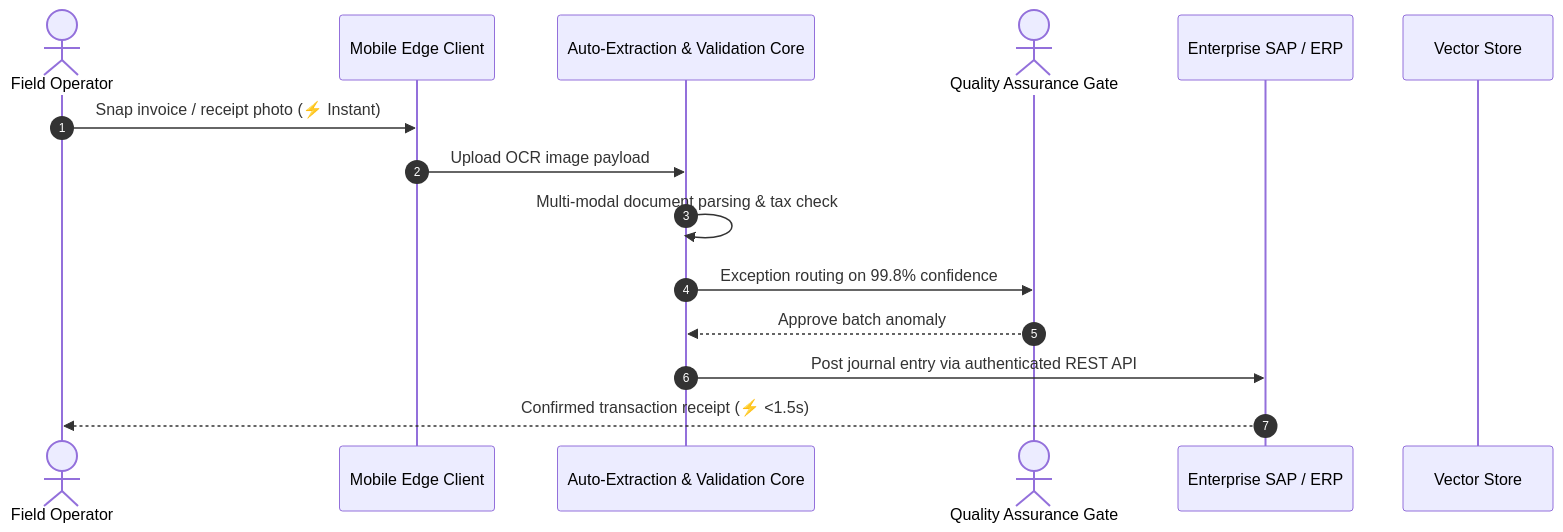
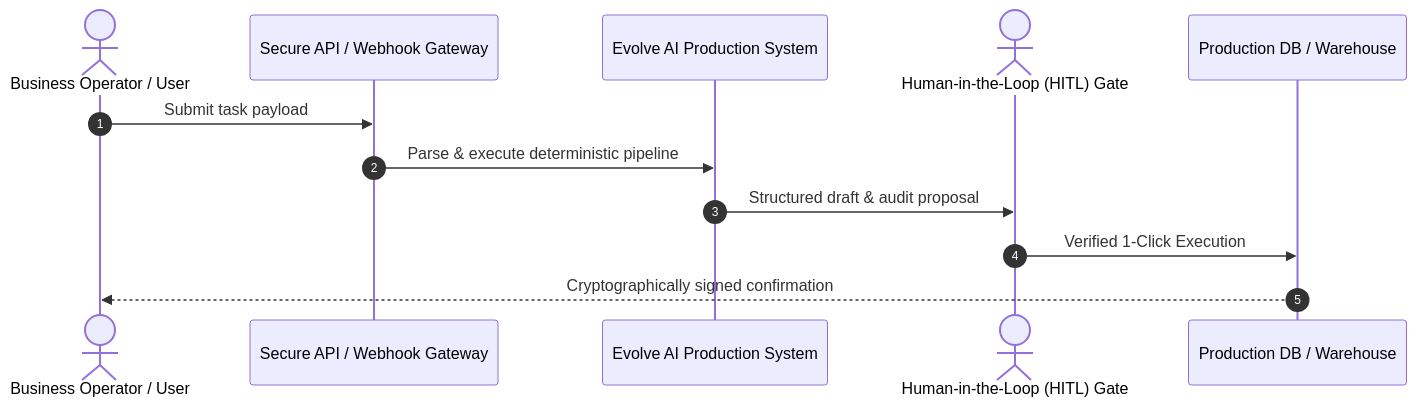
Before and after one commit to EvolveMinds/codeforge-ai-vscode: the diagram in docs/WORKFLOW_TOPOLOGY.md, drawn with Mermaid. The commit also changed 7 other files, not shown here.

Commit message:
feat: display active showcase architecture template across UI and canvas

````diff
--- a/docs/WORKFLOW_TOPOLOGY.md
+++ b/docs/WORKFLOW_TOPOLOGY.md
@@ -3,17 +3,15 @@
 ```mermaid
 sequenceDiagram
     autonumber
-    actor Operator as Field Operator
-    participant EdgeApp as Mobile Edge Client
-    participant AICore as Auto-Extraction & Validation Core
-    actor Reviewer as Quality Assurance Gate
-    participant ERP as Enterprise SAP / ERP
-    participant VectorStore as Vector Store
-    Operator->>EdgeApp: Snap invoice / receipt photo (⚡ Instant)
-    EdgeApp->>AICore: Upload OCR image payload
-    AICore->>AICore: Multi-modal document parsing & tax check
-    AICore->>Reviewer: Exception routing on 99.8% confidence
-    Reviewer-->>AICore: Approve batch anomaly
-    AICore->>ERP: Post journal entry via authenticated REST API
-    ERP-->>Operator: Confirmed transaction receipt (⚡ <1.5s)
+    actor Operator as Business Operator / User
+    participant Ingest as Secure API / Webhook Gateway
+    participant Agent as Evolve AI Production System
+    actor Supervisor as Human-in-the-Loop (HITL) Gate
+    participant Target as Production DB / Warehouse
+    
+    Operator->>Ingest: Submit task payload
+    Ingest->>Agent: Parse & execute deterministic pipeline
+    Agent->>Supervisor: Structured draft & audit proposal
+    Supervisor->>Target: Verified 1-Click Execution
+    Target-->>Operator: Cryptographically signed confirmation
 ```
````
